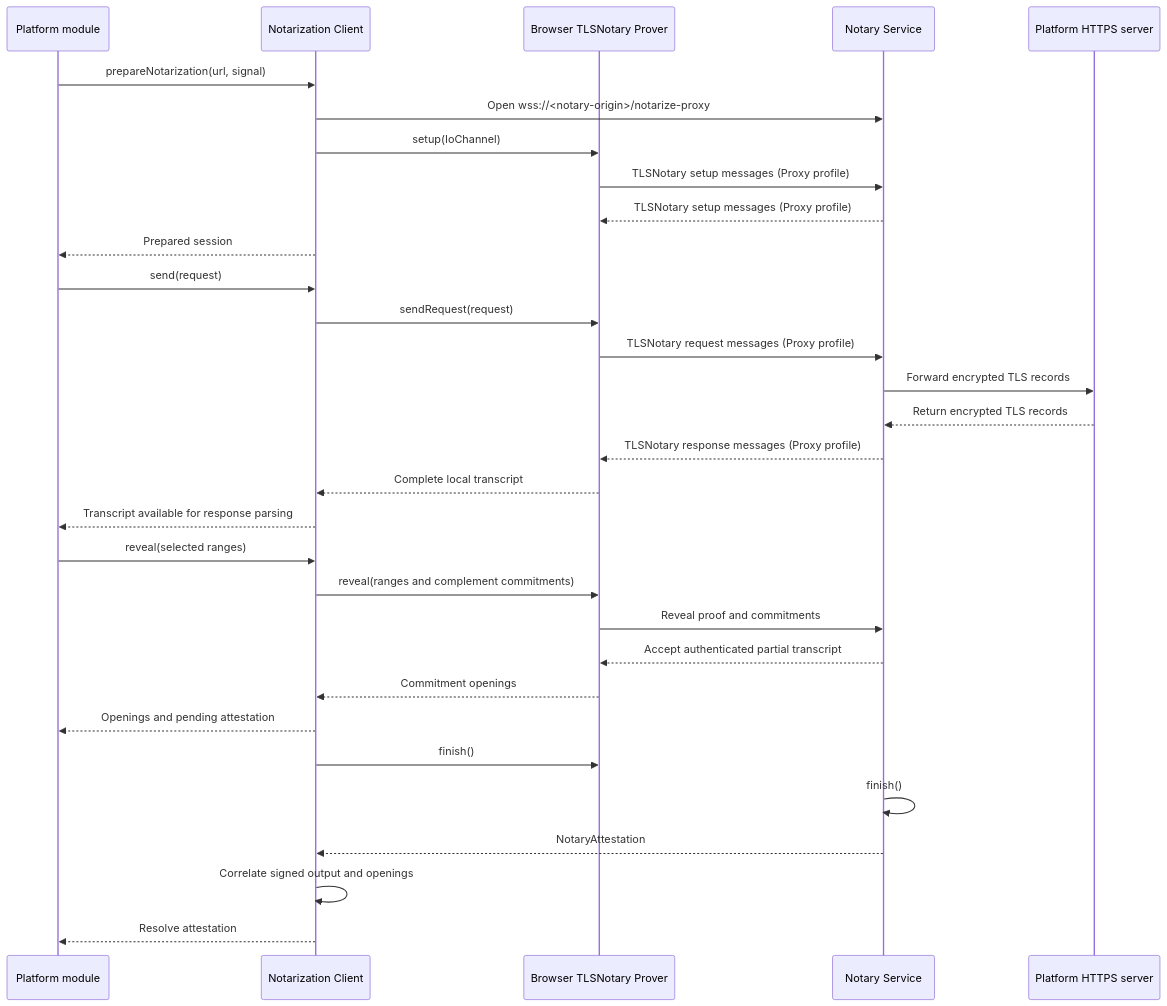
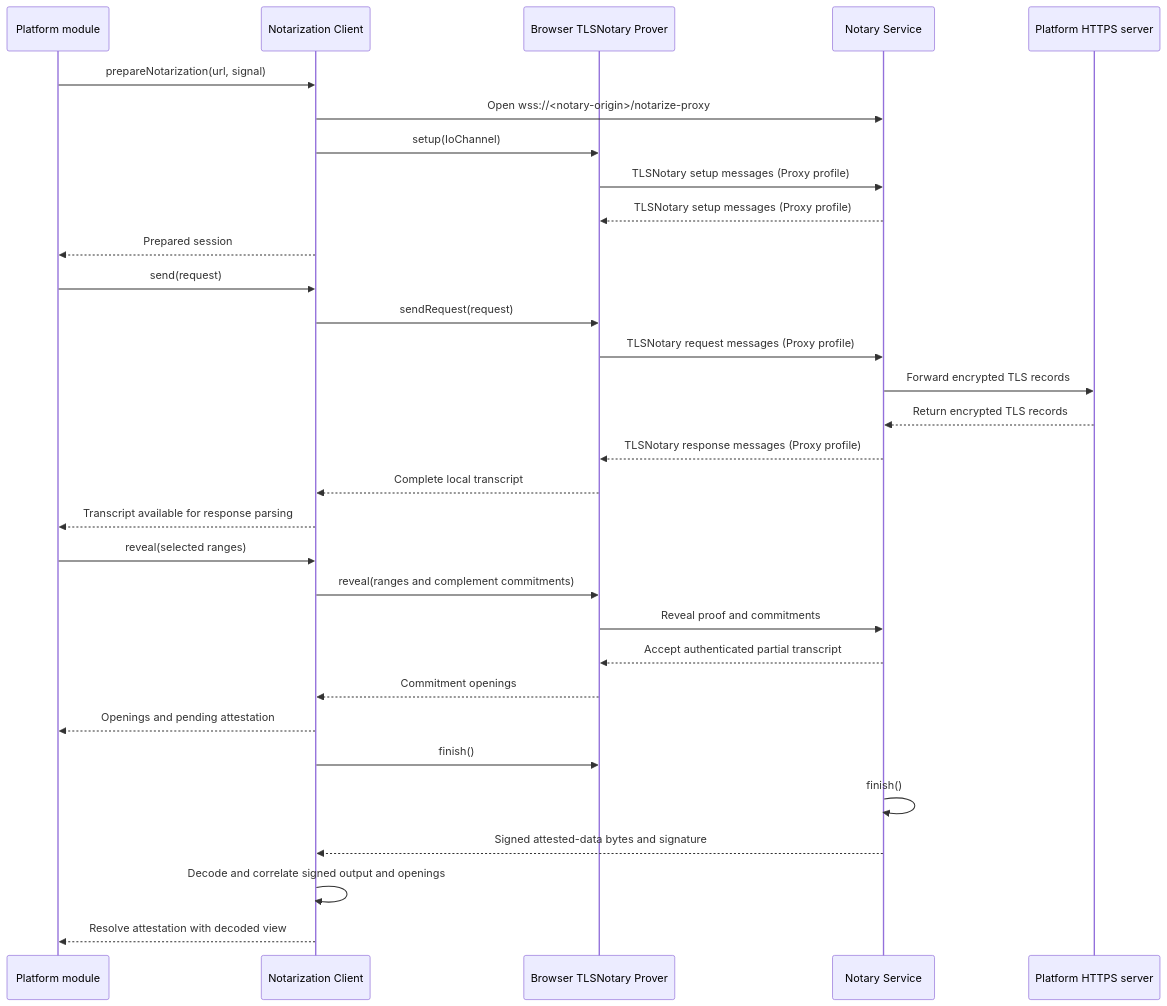
The diagram in ts/packages/ceremony/NOTARIZATION.md (libid-org/libid), drawn with Mermaid before and after one commit. The commit also changed other lines of this file and 4 other files, not shown here.

First line of the commit message:
docs(ceremony): expose identity and decoded attestation views

````diff
--- a/ts/packages/ceremony/NOTARIZATION.md
+++ b/ts/packages/ceremony/NOTARIZATION.md
@@ -266,34 +291,34 @@
 ```mermaid
 sequenceDiagram
     participant M as Platform module
     participant T as Notarization Client
     participant W as Browser TLSNotary Prover
     participant N as Notary Service
     participant P as Platform HTTPS server
 
     M->>T: prepareNotarization(url, signal)
     T->>N: Open wss://<notary-origin>/notarize-proxy
     T->>W: setup(IoChannel)
     W->>N: TLSNotary setup messages (Proxy profile)
     N-->>W: TLSNotary setup messages (Proxy profile)
     T-->>M: Prepared session
     M->>T: send(request)
     T->>W: sendRequest(request)
     W->>N: TLSNotary request messages (Proxy profile)
     N->>P: Forward encrypted TLS records
     P-->>N: Return encrypted TLS records
     N-->>W: TLSNotary response messages (Proxy profile)
     W-->>T: Complete local transcript
     T-->>M: Transcript available for response parsing
     M->>T: reveal(selected ranges)
     T->>W: reveal(ranges and complement commitments)
     W->>N: Reveal proof and commitments
     N-->>W: Accept authenticated partial transcript
     W-->>T: Commitment openings
     T-->>M: Openings and pending attestation
     T->>W: finish()
     N->>N: finish()
-    N-->>T: NotaryAttestation
-    T->>T: Correlate signed output and openings
-    T-->>M: Resolve attestation
+    N-->>T: Signed attested-data bytes and signature
+    T->>T: Decode and correlate signed output and openings
+    T-->>M: Resolve attestation with decoded view
 ```
````
